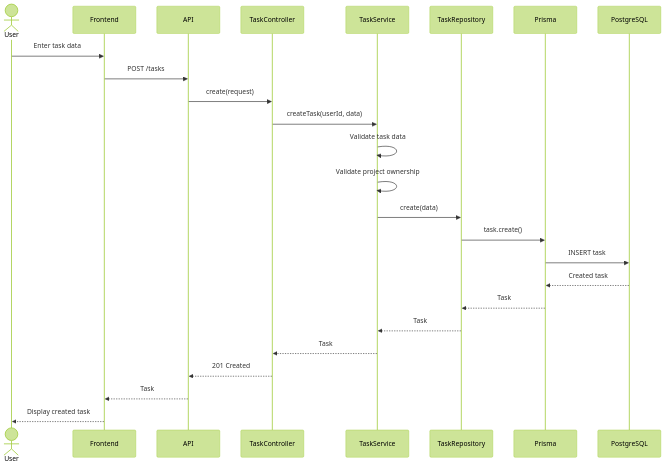
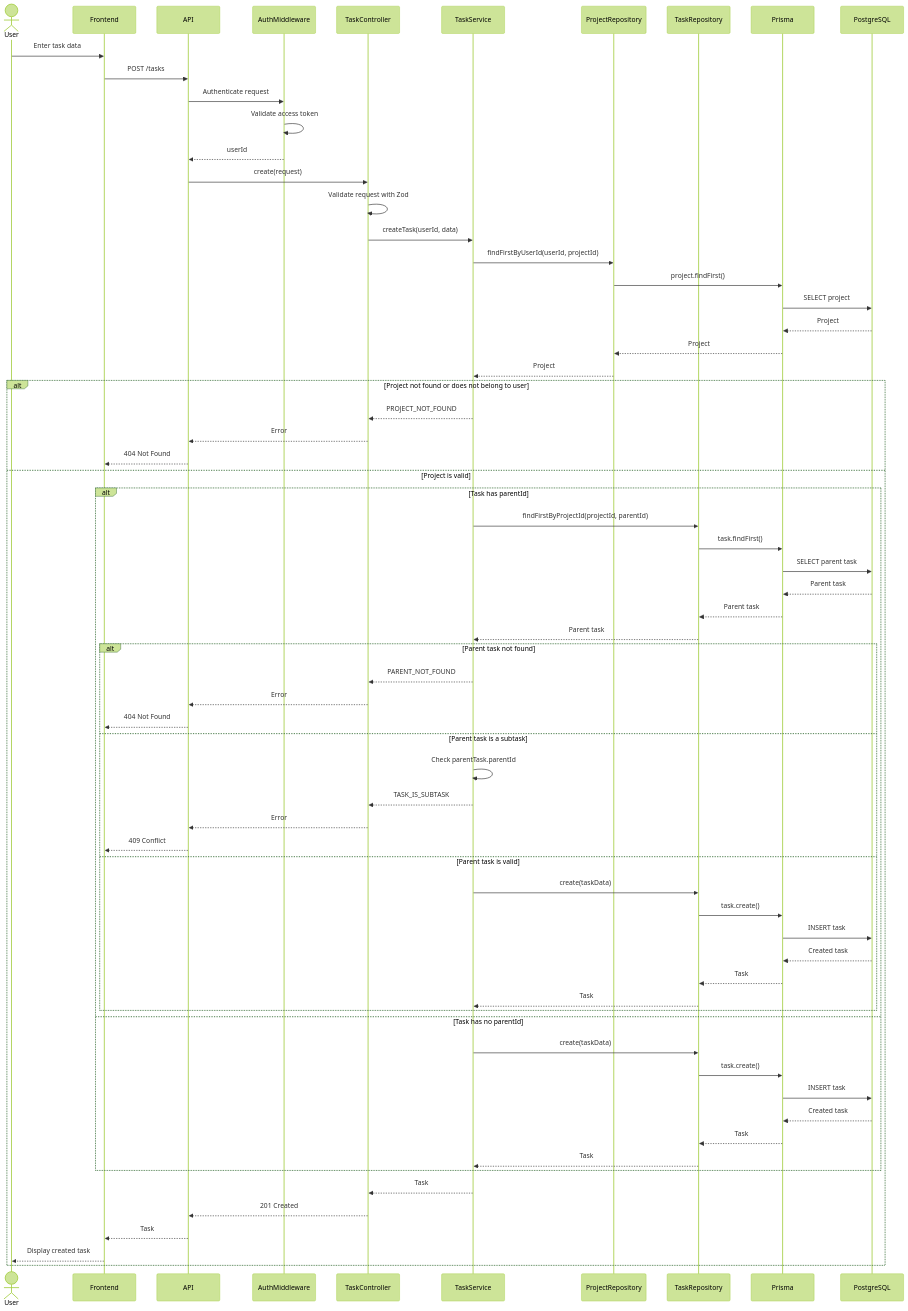
Before and after one commit to davihenriquedev1/prodixus: the diagram in docs/diagrams/sequence-diagrams/task/create.md, drawn with Mermaid (forest theme). The commit also changed other lines of this file and 6 other files, not shown here.

````diff
--- a/docs/diagrams/sequence-diagrams/task/create.md
+++ b/docs/diagrams/sequence-diagrams/task/create.md
@@ -6,48 +6,85 @@
     actor User
 
     participant Frontend
-
     participant API
-
+    participant AuthMiddleware
     participant TaskController
-
     participant TaskService
-
+    participant ProjectRepository
     participant TaskRepository
-
     participant Prisma
-
     participant PostgreSQL
 
     User->>Frontend: Enter task data
 
     Frontend->>API: POST /tasks
 
+    API->>AuthMiddleware: Authenticate request
+    AuthMiddleware->>AuthMiddleware: Validate access token
+    AuthMiddleware-->>API: userId
+
     API->>TaskController: create(request)
+
+    TaskController->>TaskController: Validate request with Zod
 
     TaskController->>TaskService: createTask(userId, data)
 
-    TaskService->>TaskService: Validate task data
+    TaskService->>ProjectRepository: findFirstByUserId(userId, projectId)
+    ProjectRepository->>Prisma: project.findFirst()
+    Prisma->>PostgreSQL: SELECT project
+    PostgreSQL-->>Prisma: Project
+    Prisma-->>ProjectRepository: Project
+    ProjectRepository-->>TaskService: Project
 
-    TaskService->>TaskService: Validate project ownership
+    alt Project not found or does not belong to user
+        TaskService-->>TaskController: PROJECT_NOT_FOUND
+        TaskController-->>API: Error
+        API-->>Frontend: 404 Not Found
+    else Project is valid
 
-    TaskService->>TaskRepository: create(data)
+        alt Task has parentId
 
-    TaskRepository->>Prisma: task.create()
+            TaskService->>TaskRepository: findFirstByProjectId(projectId, parentId)
+            TaskRepository->>Prisma: task.findFirst()
+            Prisma->>PostgreSQL: SELECT parent task
+            PostgreSQL-->>Prisma: Parent task
+            Prisma-->>TaskRepository: Parent task
+            TaskRepository-->>TaskService: Parent task
 
-    Prisma->>PostgreSQL: INSERT task
+            alt Parent task not found
+                TaskService-->>TaskController: PARENT_NOT_FOUND
+                TaskController-->>API: Error
+                API-->>Frontend: 404 Not Found
+            else Parent task is a subtask
+                TaskService->>TaskService: Check parentTask.parentId
 
-    PostgreSQL-->>Prisma: Created task
+                TaskService-->>TaskController: TASK_IS_SUBTASK
+                TaskController-->>API: Error
+                API-->>Frontend: 409 Conflict
+            else Parent task is valid
+                TaskService->>TaskRepository: create(taskData)
+                TaskRepository->>Prisma: task.create()
+                Prisma->>PostgreSQL: INSERT task
+                PostgreSQL-->>Prisma: Created task
+                Prisma-->>TaskRepository: Task
+                TaskRepository-->>TaskService: Task
+            end
 
-    Prisma-->>TaskRepository: Task
+        else Task has no parentId
 
-    TaskRepository-->>TaskService: Task
+            TaskService->>TaskRepository: create(taskData)
+            TaskRepository->>Prisma: task.create()
+            Prisma->>PostgreSQL: INSERT task
+            PostgreSQL-->>Prisma: Created task
+            Prisma-->>TaskRepository: Task
+            TaskRepository-->>TaskService: Task
 
-    TaskService-->>TaskController: Task
+        end
 
-    TaskController-->>API: 201 Created
+        TaskService-->>TaskController: Task
+        TaskController-->>API: 201 Created
+        API-->>Frontend: Task
+        Frontend-->>User: Display created task
 
-    API-->>Frontend: Task
-
-    Frontend-->>User: Display created task
+    end
 ```
````
